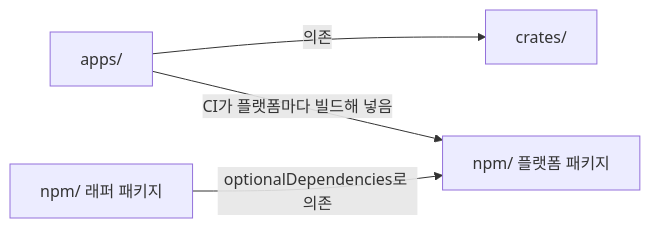
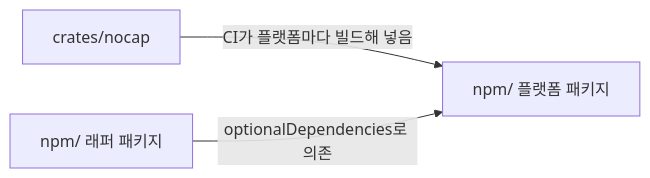
The diagram in docs/repository.md (makeUgreat/nocap), drawn with Mermaid before and after one commit. The commit also changed other lines of this file and 8 other files, not shown here.

First line of the commit message:
chore: keep every crate under crates/ and add nocap-core

````diff
--- a/docs/repository.md
+++ b/docs/repository.md
@@ -50,6 +49,5 @@
 ```mermaid
 flowchart LR
-  apps["apps/"] -- "의존" --> crates["crates/"]
-  apps -- "CI가 플랫폼마다 빌드해 넣음" --> platform["npm/ 플랫폼 패키지"]
+  bin["crates/nocap"] -- "CI가 플랫폼마다 빌드해 넣음" --> platform["npm/ 플랫폼 패키지"]
   wrapper["npm/ 래퍼 패키지"] -- "optionalDependencies로 의존" --> platform
 ```
````
